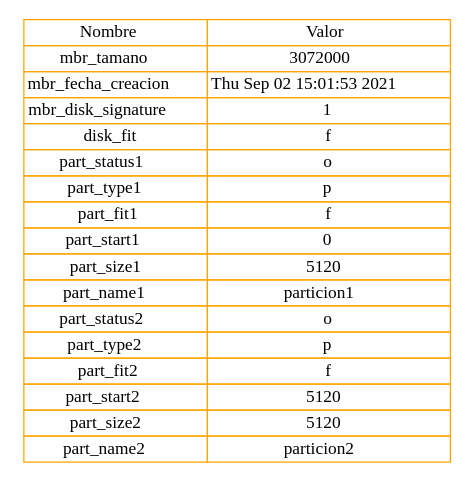
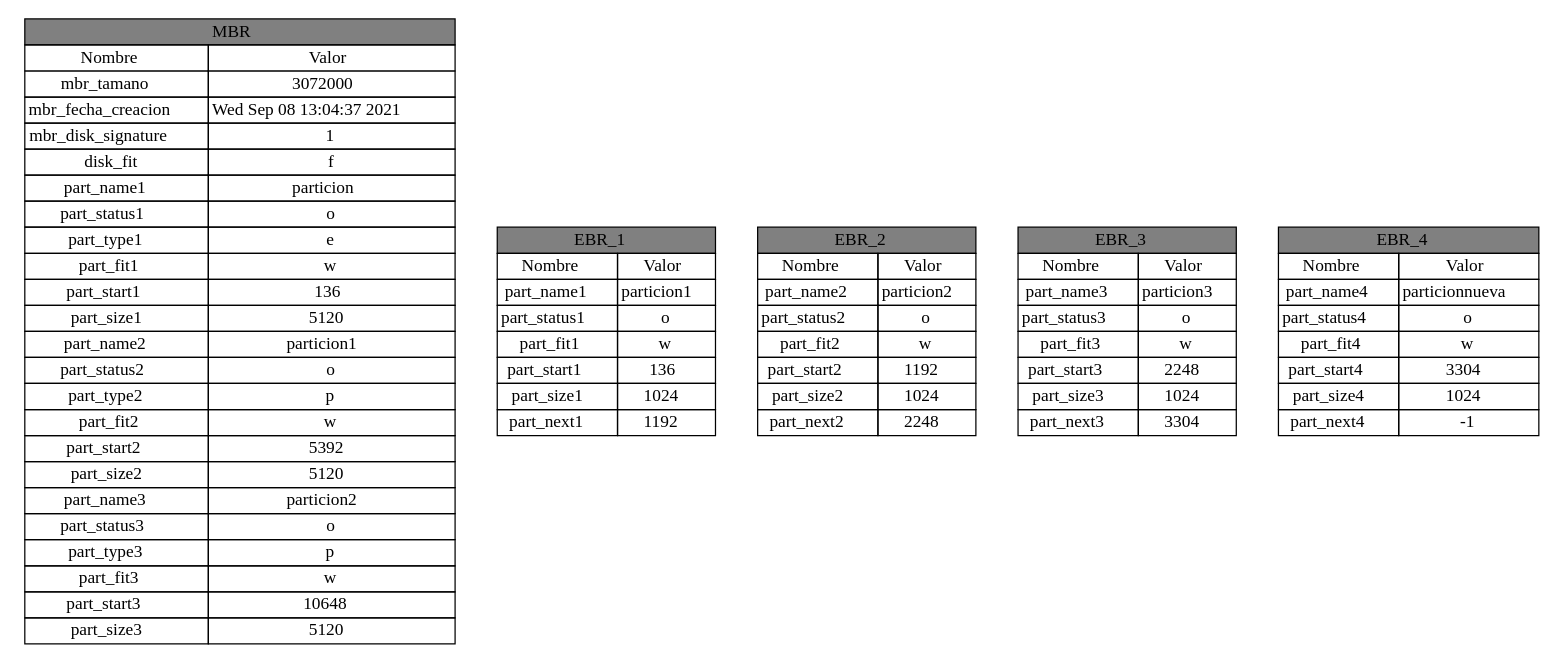
The diagram in Main/MBR.dot (erick-alvarado/MIA-P1), drawn with Graphviz before and after one commit. The commit also changed 3 other files, not shown here.

Commit message:
Rep/Mbr/Ebr

```diff
--- a/Main/MBR.dot
+++ b/Main/MBR.dot
@@ -1,26 +1,93 @@
 digraph{ 
- tbl[ 
+tbl[ 
  shape=plaintext 
  label=< 
- <table border='0' cellborder='1' color='orange' cellspacing='0'> 
+ <table border='0' cellborder='1' color='black' cellspacing='0'> 
+<tr> <td bgcolor='grey' colspan='2'> MBR </td> </tr>
 <tr><td>Nombre</td><td>Valor</td></tr>
 <tr><td>mbr_tamano</td><td>3072000</td></tr>
-<tr><td>mbr_fecha_creacion</td><td>Thu Sep 02 15:01:53 2021</td></tr>
+<tr><td>mbr_fecha_creacion</td><td>Wed Sep 08 13:04:37 2021</td></tr>
 <tr><td>mbr_disk_signature</td><td>1</td></tr>
 <tr><td>disk_fit</td><td>f</td></tr>
+<tr><td>part_name1</td><td>particion</td></tr>
 <tr><td>part_status1</td><td>o</td></tr>
-<tr><td>part_type1</td><td>p</td></tr>
-<tr><td>part_fit1</td><td>f</td></tr>
-<tr><td>part_start1</td><td>0</td></tr>
+<tr><td>part_type1</td><td>e</td></tr>
+<tr><td>part_fit1</td><td>w</td></tr>
+<tr><td>part_start1</td><td>136</td></tr>
 <tr><td>part_size1</td><td>5120</td></tr>
-<tr><td>part_name1</td><td>particion1</td></tr>
+<tr><td>part_name2</td><td>particion1</td></tr>
 <tr><td>part_status2</td><td>o</td></tr>
 <tr><td>part_type2</td><td>p</td></tr>
-<tr><td>part_fit2</td><td>f</td></tr>
-<tr><td>part_start2</td><td>5120</td></tr>
+<tr><td>part_fit2</td><td>w</td></tr>
+<tr><td>part_start2</td><td>5392</td></tr>
 <tr><td>part_size2</td><td>5120</td></tr>
-<tr><td>part_name2</td><td>particion2</td></tr>
+<tr><td>part_name3</td><td>particion2</td></tr>
+<tr><td>part_status3</td><td>o</td></tr>
+<tr><td>part_type3</td><td>p</td></tr>
+<tr><td>part_fit3</td><td>w</td></tr>
+<tr><td>part_start3</td><td>10648</td></tr>
+<tr><td>part_size3</td><td>5120</td></tr>
 
  </table> 
  >]; 
- }
+ tbl1[ 
+ shape=plaintext 
+ label=< 
+ <table border='0' cellborder='1' color='black' cellspacing='0'> 
+<tr> <td bgcolor='grey' colspan='2'> EBR_1</td> </tr>
+<tr><td>Nombre</td><td>Valor</td></tr>
+<tr><td>part_name1</td><td>particion1</td></tr>
+<tr><td>part_status1</td><td>o</td></tr>
+<tr><td>part_fit1</td><td>w</td></tr>
+<tr><td>part_start1</td><td>136</td></tr>
+<tr><td>part_size1</td><td>1024</td></tr>
+<tr><td>part_next1</td><td>1192</td></tr>
+
+ </table> 
+ >]; 
+ tbl2[ 
+ shape=plaintext 
+ label=< 
+ <table border='0' cellborder='1' color='black' cellspacing='0'> 
+<tr> <td bgcolor='grey' colspan='2'> EBR_2</td> </tr>
+<tr><td>Nombre</td><td>Valor</td></tr>
+<tr><td>part_name2</td><td>particion2</td></tr>
+<tr><td>part_status2</td><td>o</td></tr>
+<tr><td>part_fit2</td><td>w</td></tr>
+<tr><td>part_start2</td><td>1192</td></tr>
+<tr><td>part_size2</td><td>1024</td></tr>
+<tr><td>part_next2</td><td>2248</td></tr>
+
+ </table> 
+ >]; 
+ tbl3[ 
+ shape=plaintext 
+ label=< 
+ <table border='0' cellborder='1' color='black' cellspacing='0'> 
+<tr> <td bgcolor='grey' colspan='2'> EBR_3</td> </tr>
+<tr><td>Nombre</td><td>Valor</td></tr>
+<tr><td>part_name3</td><td>particion3</td></tr>
+<tr><td>part_status3</td><td>o</td></tr>
+<tr><td>part_fit3</td><td>w</td></tr>
+<tr><td>part_start3</td><td>2248</td></tr>
+<tr><td>part_size3</td><td>1024</td></tr>
+<tr><td>part_next3</td><td>3304</td></tr>
+
+ </table> 
+ >]; 
+ tbl4[ 
+ shape=plaintext 
+ label=< 
+ <table border='0' cellborder='1' color='black' cellspacing='0'> 
+<tr> <td bgcolor='grey' colspan='2'> EBR_4</td> </tr>
+<tr><td>Nombre</td><td>Valor</td></tr>
+<tr><td>part_name4</td><td>particionnueva</td></tr>
+<tr><td>part_status4</td><td>o</td></tr>
+<tr><td>part_fit4</td><td>w</td></tr>
+<tr><td>part_start4</td><td>3304</td></tr>
+<tr><td>part_size4</td><td>1024</td></tr>
+<tr><td>part_next4</td><td>-1</td></tr>
+
+ </table> 
+ >]; 
+}
```
